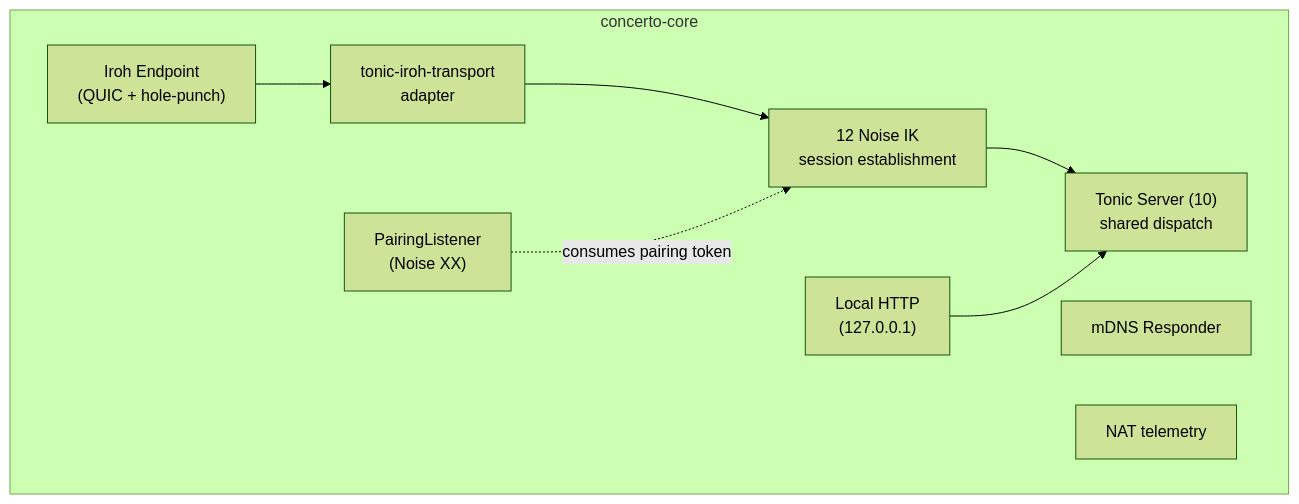
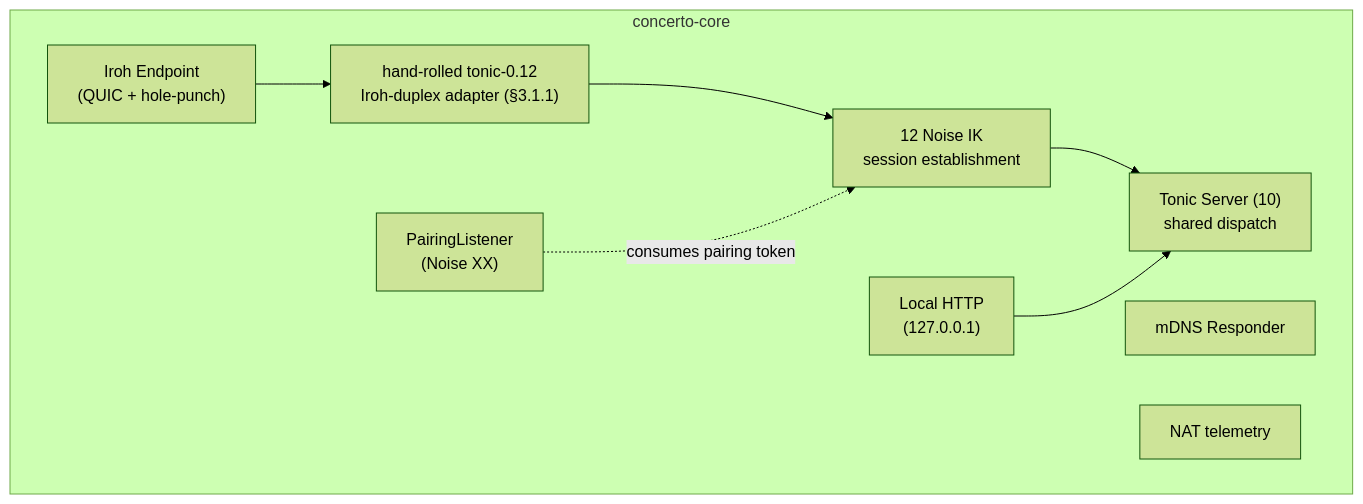
One commit to aminry/concerto changed the first of 6 diagrams in design/11_Remote_Transport_Relay.md. Above: the diagram before and after it, drawn with Mermaid (forest theme). The commit also changed other lines of this file and 5 other files, not shown here.

First line of the commit message:
phase-2: reconcile Tonic-over-Iroh adapter decision (spike 102 → design)

````diff
--- a/design/11_Remote_Transport_Relay.md
+++ b/design/11_Remote_Transport_Relay.md
@@ -281,18 +320,18 @@
 ```mermaid
 flowchart TB
     subgraph Core["concerto-core"]
         Iroh["Iroh Endpoint<br/>(QUIC + hole-punch)"]
         Pairing["PairingListener<br/>(Noise XX)"]
-        TonicIroh["tonic-iroh-transport<br/>adapter"]
+        TonicIroh["hand-rolled tonic-0.12<br/>Iroh-duplex adapter (§3.1.1)"]
         WebSrv["Local HTTP<br/>(127.0.0.1)"]
         TonicSrv["Tonic Server (10)<br/>shared dispatch"]
         mDNS["mDNS Responder"]
         NatTel["NAT telemetry"]
         Sec["12 Noise IK<br/>session establishment"]
     end
     Iroh --> TonicIroh
     TonicIroh --> Sec
     Sec --> TonicSrv
     WebSrv --> TonicSrv
     Pairing -.consumes pairing token.-> Sec
 ```
````
